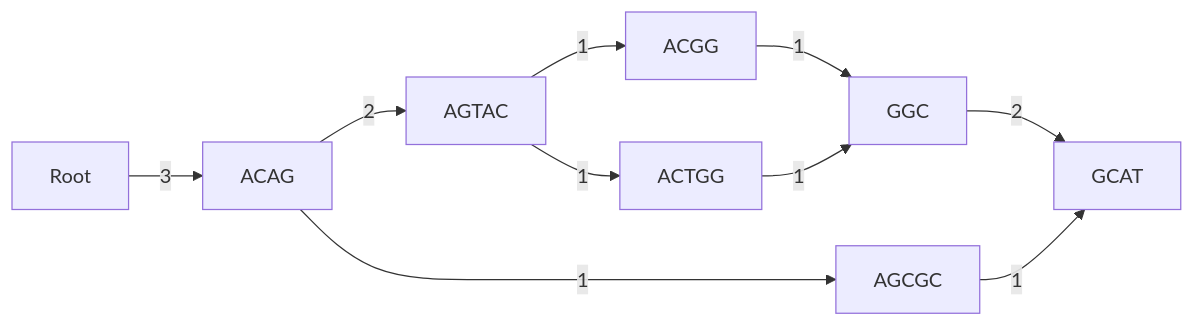
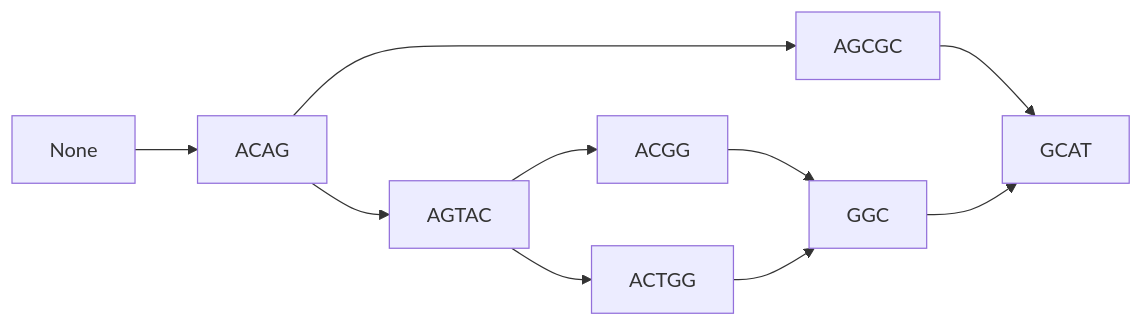
The diagram in tests/output/nested_bubble_compressed.md (khiron/dBGAlignLib), drawn with Mermaid before and after one commit. The commit also changed 5 other files, not shown here.

````diff
--- a/tests/output/nested_bubble_compressed.md
+++ b/tests/output/nested_bubble_compressed.md
@@ -1,12 +1,12 @@
 ```mermaid
 graph LR;
-Root -->|"3"| ACAG;
-ACAG -->|"2"| AGTAC;
-AGTAC -->|"1"| ACGG;
-ACGG -->|"1"| GGC;
-GGC -->|"2"| GCAT;
-AGTAC -->|"1"| ACTGG;
-ACTGG -->|"1"| GGC;
-ACAG -->|"1"| AGCGC;
-AGCGC -->|"1"| GCAT;
+None --> ACAG;
+ACAG --> AGTAC;
+ACAG --> AGCGC;
+AGTAC --> ACGG;
+AGTAC --> ACTGG;
+AGCGC --> GCAT;
+ACGG --> GGC;
+ACTGG --> GGC;
+GGC --> GCAT;
 ```
````
